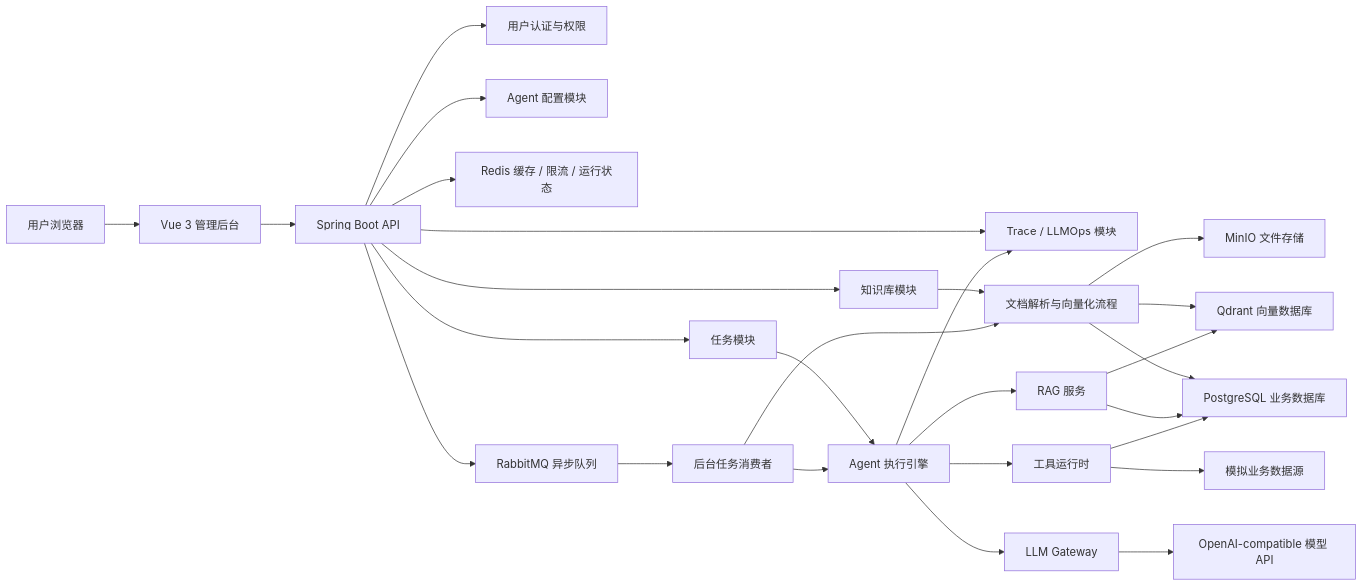
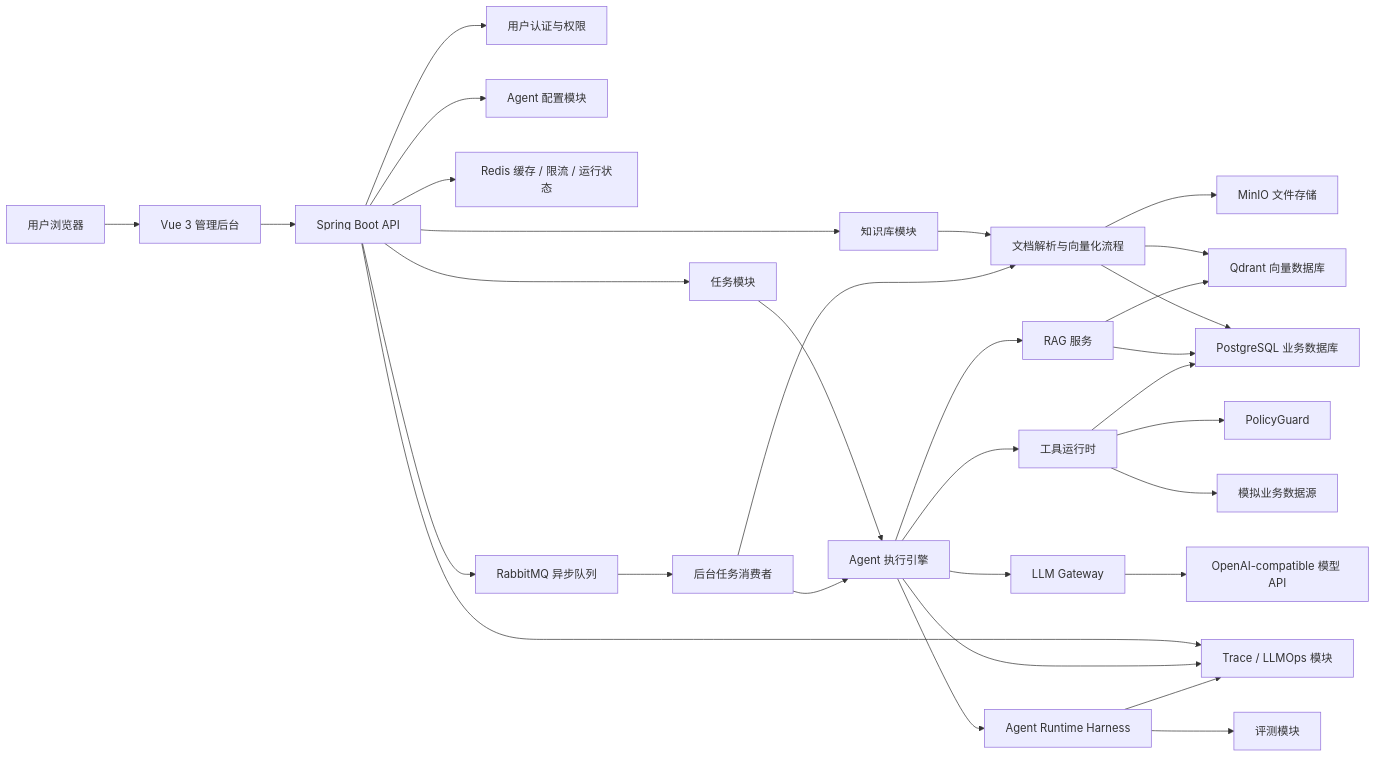
One commit to Xavi-L/AgentFlow-Hub changed the first of 3 diagrams in agentflow-hub-project-spec.md. Above: the diagram before and after it, drawn with Mermaid. The commit also changed other lines of this file and 9 other files, not shown here.

Commit message:
docs: add agent runtime harness plan

````diff
--- a/agentflow-hub-project-spec.md
+++ b/agentflow-hub-project-spec.md
@@ -604,36 +614,40 @@
 ```mermaid
 flowchart LR
     User["用户浏览器"] --> Web["Vue 3 管理后台"]
     Web --> API["Spring Boot API"]
 
     API --> Auth["用户认证与权限"]
     API --> KB["知识库模块"]
     API --> AgentConfig["Agent 配置模块"]
     API --> Task["任务模块"]
     API --> Trace["Trace / LLMOps 模块"]
 
     Task --> AgentEngine["Agent 执行引擎"]
     AgentEngine --> RagService["RAG 服务"]
     AgentEngine --> ToolRuntime["工具运行时"]
     AgentEngine --> LlmGateway["LLM Gateway"]
+    AgentEngine --> Harness["Agent Runtime Harness"]
     AgentEngine --> Trace
+    Harness --> Trace
+    Harness --> Evaluation["评测模块"]
+    ToolRuntime --> PolicyGuard["PolicyGuard"]
 
     KB --> DocPipeline["文档解析与向量化流程"]
     DocPipeline --> MinIO["MinIO 文件存储"]
     DocPipeline --> Qdrant["Qdrant 向量数据库"]
     DocPipeline --> PostgreSQL["PostgreSQL 业务数据库"]
 
     RagService --> Qdrant
     RagService --> PostgreSQL
 
     ToolRuntime --> BizMock["模拟业务数据源"]
     ToolRuntime --> PostgreSQL
 
     API --> Redis["Redis 缓存 / 限流 / 运行状态"]
     API --> RabbitMQ["RabbitMQ 异步队列"]
     RabbitMQ --> Worker["后台任务消费者"]
     Worker --> DocPipeline
     Worker --> AgentEngine
 
     LlmGateway --> ModelAPI["OpenAI-compatible 模型 API"]
 ```
````
